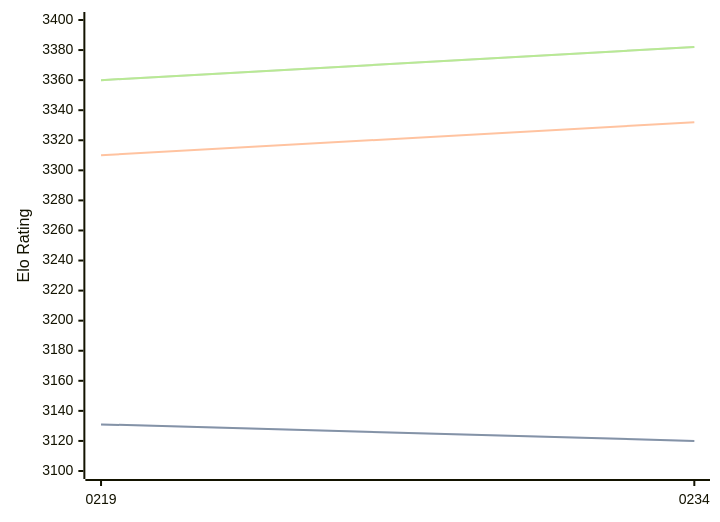
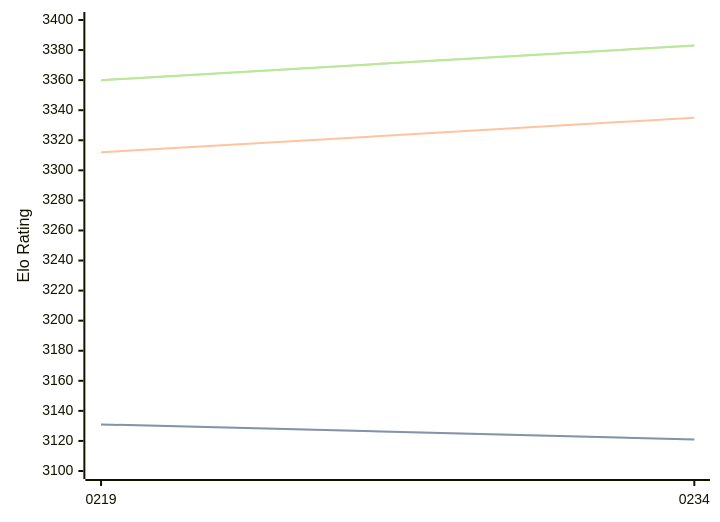
Before and after one commit to computer-chess-index/cci: the diagram in engines/Ynode.md, drawn with Mermaid. The commit also changed other lines of this file, not shown here.

Commit message:
Update CCI Ratings (ELO VLTC) - 2026-07-30

````diff
--- a/engines/Ynode.md
+++ b/engines/Ynode.md
@@ -39,11 +39,11 @@
 ```mermaid
 %%{init: {"theme":"base","themeVariables":{"seriesColors:['#a3a3a3','#222221','#faa371']}}}%%
 xychart-beta
   x-axis ["0219", "0234"]
   y-axis "Elo Rating" 3100 --> 3400
-  line "STC (8.0+0.08s)" [3131, 3120]
-  line "STC (8.0+0.08s)" [3131, 3120]
-  line "LTC (60.0+0.60s)" [3310, 3332]
-  line "VLTC (2m24s+1.12s)" [3360, 3382]
-  line "VLTC (2m24s+1.12s)" [3360, 3382]
+  line "STC (8.0+0.08s)" [3131, 3121]
+  line "STC (8.0+0.08s)" [3131, 3121]
+  line "LTC (60.0+0.60s)" [3312, 3335]
+  line "VLTC (2m24s+1.12s)" [3360, 3383]
+  line "VLTC (2m24s+1.12s)" [3360, 3383]
 ```
````
